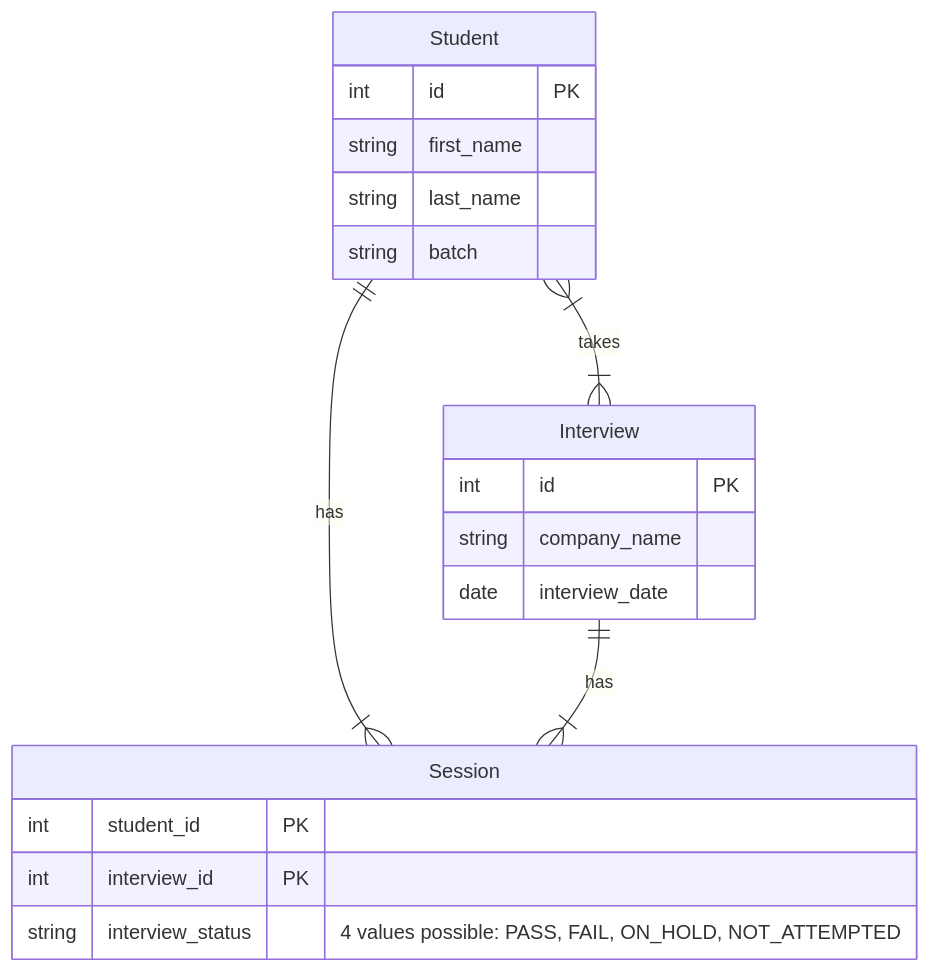
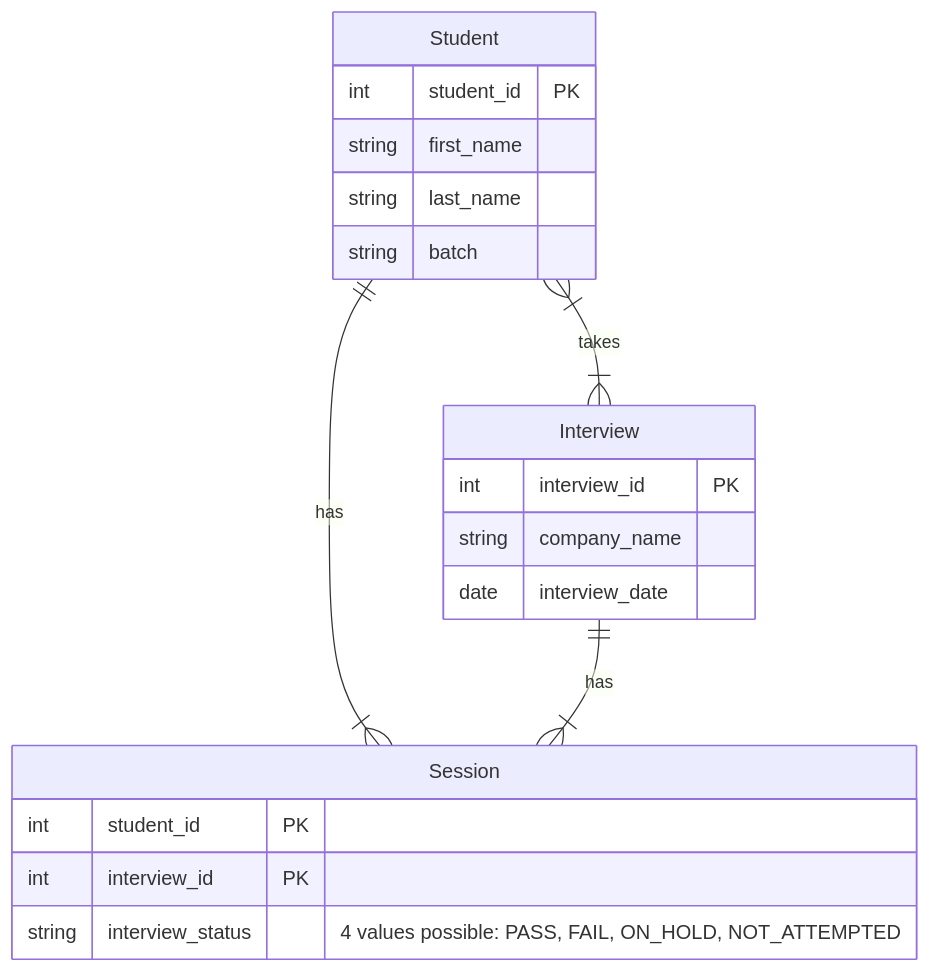
One commit to piyush-mishra-pm/placement-cell changed the second of 2 diagrams in README.md. Above: the diagram before and after it, drawn with Mermaid. The commit also changed other lines of this file and 14 other files, not shown here.

````diff
--- a/README.md
+++ b/README.md
@@ -74,22 +74,22 @@
 ```mermaid
 erDiagram
   Student {
-    int id PK
+    int student_id PK
     string first_name
     string last_name
     string batch
   }
   Interview {
-    int id PK
+    int interview_id PK
     string company_name
     date interview_date
   }
   Session{
     int student_id PK
     int interview_id PK
     string interview_status "4 values possible: PASS, FAIL, ON_HOLD, NOT_ATTEMPTED"
   }
   Student }|--|{ Interview : takes
   Student ||--|{ Session : has
   Interview ||--|{ Session : has
 ```
````
